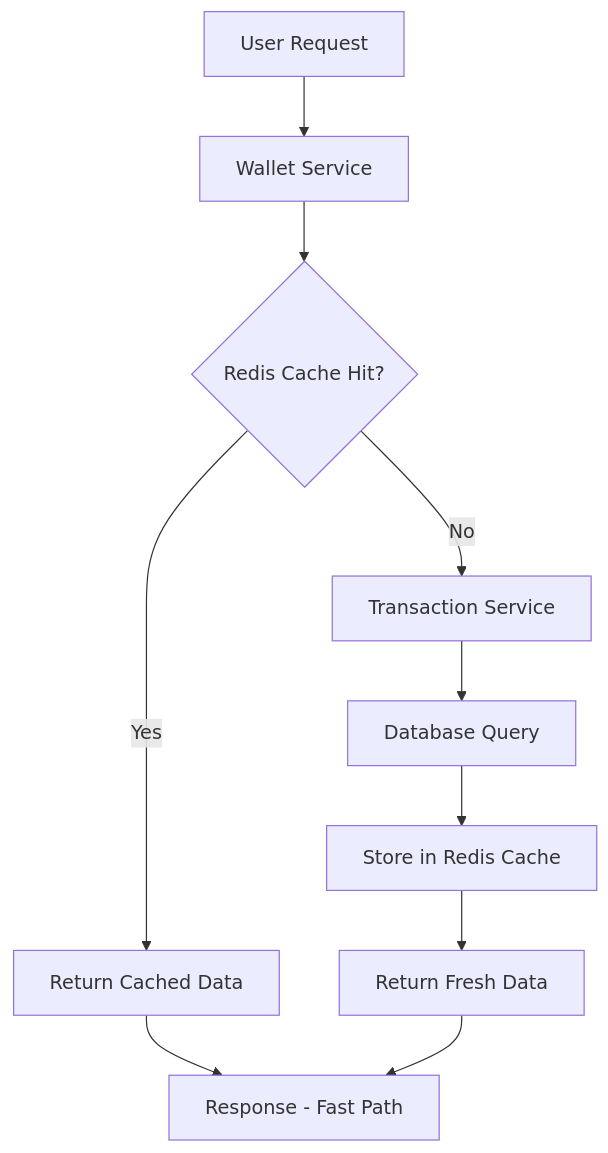
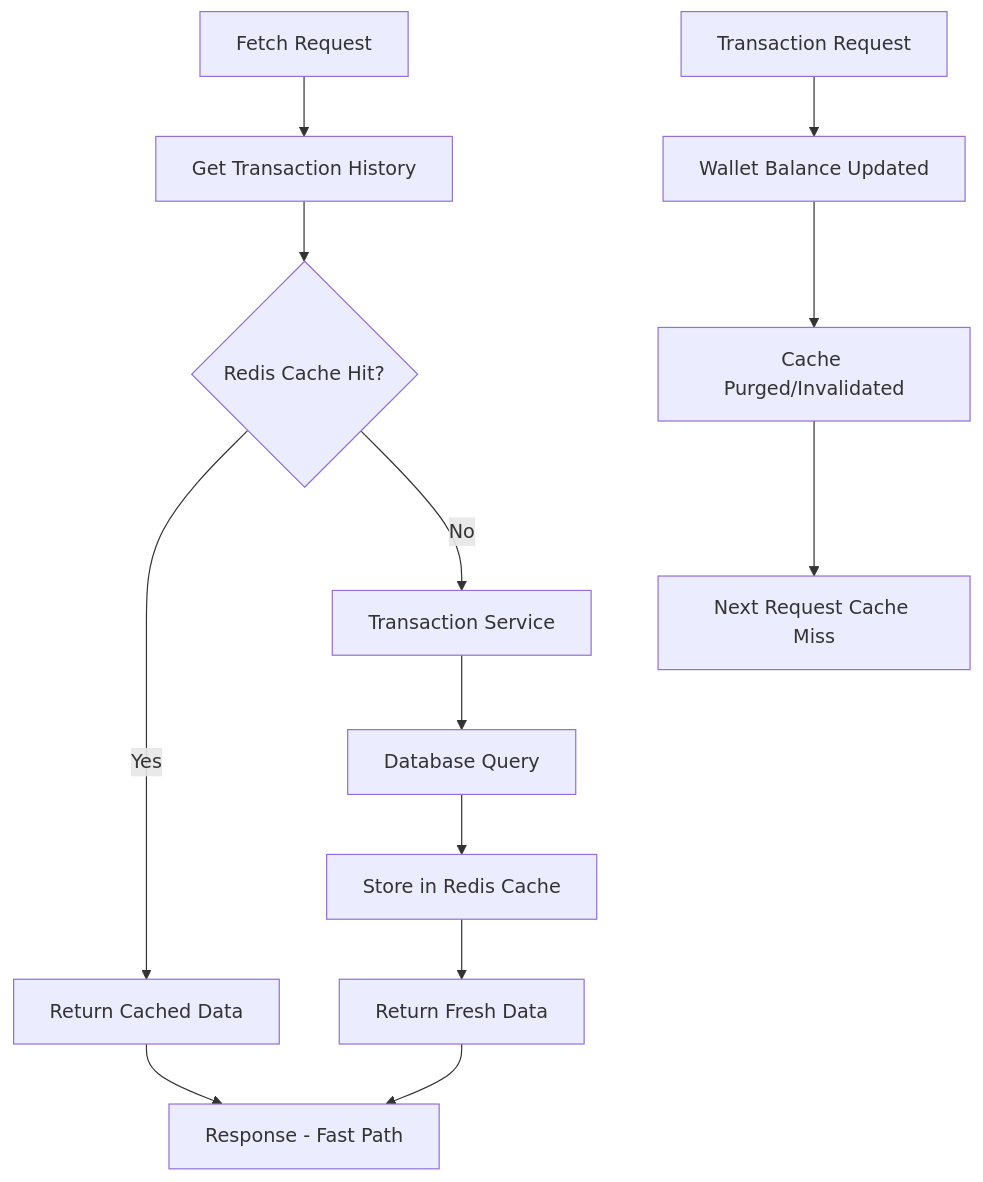
Before and after one commit to fardinabir/digital-wallet-demo: the diagram in REDIS_PERFORMANCE.md, drawn with Mermaid. The commit also changed 14 other files, not shown here.

````diff
--- a/REDIS_PERFORMANCE.md
+++ b/REDIS_PERFORMANCE.md
@@ -30,12 +30,17 @@
 ```mermaid
 flowchart TD
-    A[User Request] --> B[Wallet Service]
+    A[Fetch Request] --> B[Get Transaction History]
     B --> C{Redis Cache Hit?}
     C -->|Yes| D[Return Cached Data]
     C -->|No| E[Transaction Service]
     E --> F[Database Query]
     F --> G[Store in Redis Cache]
     G --> H[Return Fresh Data]
     D --> I[Response - Fast Path]
     H --> I
+    
+    J[Transaction Request] --> K[Wallet Balance Updated]
+    K --> L[Cache Purged/Invalidated]
+    L --> M[Next Request Cache Miss]
+
 ```
````
